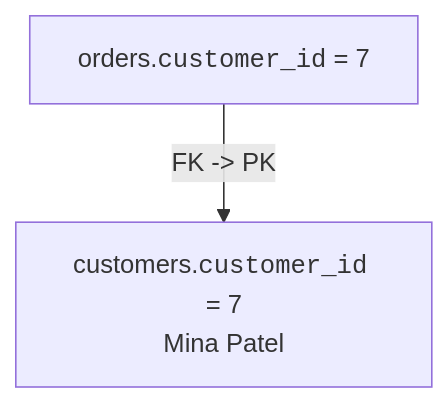
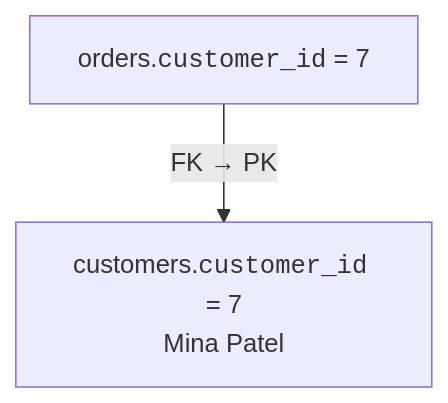
The second of 7 diagrams in content/courses/database-design-postgresql/foreign-keys.mdx (dataslope/dataslope), drawn with Mermaid before and after one commit. The commit also changed other lines of this file and 26 other files, not shown here.

````diff
--- a/content/courses/database-design-postgresql/foreign-keys.mdx
+++ b/content/courses/database-design-postgresql/foreign-keys.mdx
@@ -41,4 +41,4 @@
 ```mermaid
 flowchart TD
-    O["orders.<code>customer_id</code> = 7"] -->|"FK -> PK"| C["customers.<code>customer_id</code> = 7<br/>Mina Patel"]
+    O["orders.<code>customer_id</code> = 7"] -->|"FK → PK"| C["customers.<code>customer_id</code> = 7<br/>Mina Patel"]
 ```
````
